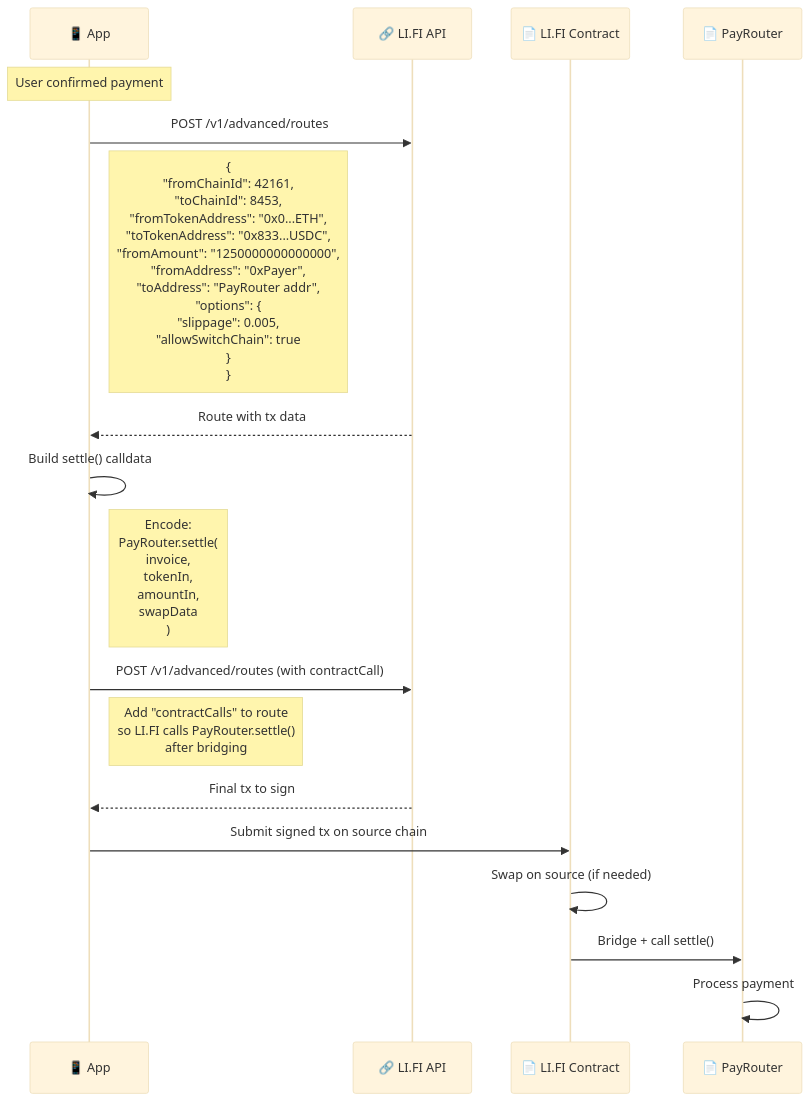
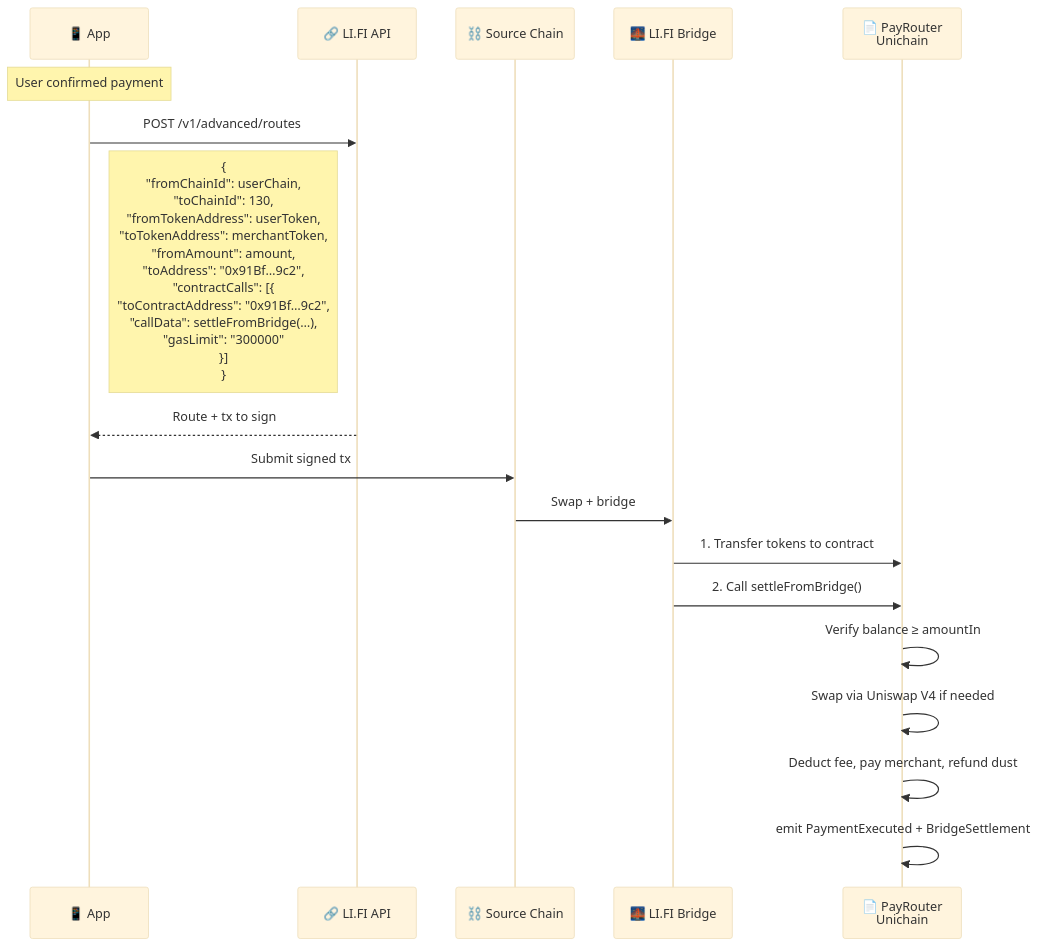
Before and after one commit to danelerr/htm-abipago: the eighth of 11 diagrams in docs/architecture.md, drawn with Mermaid (base theme). The commit also changed other lines of this file, not shown here.

Commit message:
add architecture diagrams

````diff
--- a/docs/architecture.md
+++ b/docs/architecture.md
@@ -267,27 +393,24 @@
 ```mermaid
 sequenceDiagram
     participant App as 📱 App
     participant LIFI_API as 🔗 LI.FI API
-    participant LIFI_Contract as 📄 LI.FI Contract
-    participant PayRouter as 📄 PayRouter
+    participant SrcChain as ⛓️ Source Chain
+    participant LIFI_Bridge as 🌉 LI.FI Bridge
+    participant PayRouter as 📄 PayRouter<br/>Unichain
 
     Note over App: User confirmed payment
 
     App->>LIFI_API: POST /v1/advanced/routes
-    Note right of App: {<br/>"fromChainId": 42161,<br/>"toChainId": 8453,<br/>"fromTokenAddress": "0x0...ETH",<br/>"toTokenAddress": "0x833...USDC",<br/>"fromAmount": "1250000000000000",<br/>"fromAddress": "0xPayer",<br/>"toAddress": "PayRouter addr",<br/>"options": {<br/>  "slippage": 0.005,<br/>  "allowSwitchChain": true<br/>}<br/>}
+    Note right of App: {<br/>"fromChainId": userChain,<br/>"toChainId": 130,<br/>"fromTokenAddress": userToken,<br/>"toTokenAddress": merchantToken,<br/>"fromAmount": amount,<br/>"toAddress": "0x91Bf…9c2",<br/>"contractCalls": [{<br/>  "toContractAddress": "0x91Bf…9c2",<br/>  "callData": settleFromBridge(…),<br/>  "gasLimit": "300000"<br/>}]<br/>}
 
-    LIFI_API-->>App: Route with tx data
+    LIFI_API-->>App: Route + tx to sign
 
-    App->>App: Build settle() calldata
-    Note right of App: Encode:<br/>PayRouter.settle(<br/>  invoice,<br/>  tokenIn,<br/>  amountIn,<br/>  swapData<br/>)
-
-    App->>LIFI_API: POST /v1/advanced/routes (with contractCall)
-    Note right of App: Add "contractCalls" to route<br/>so LI.FI calls PayRouter.settle()<br/>after bridging
-
-    LIFI_API-->>App: Final tx to sign
-
-    App->>LIFI_Contract: Submit signed tx on source chain
-    LIFI_Contract->>LIFI_Contract: Swap on source (if needed)
-    LIFI_Contract->>PayRouter: Bridge + call settle()
-    PayRouter->>PayRouter: Process payment
+    App->>SrcChain: Submit signed tx
+    SrcChain->>LIFI_Bridge: Swap + bridge
+    LIFI_Bridge->>PayRouter: 1. Transfer tokens to contract
+    LIFI_Bridge->>PayRouter: 2. Call settleFromBridge()
+    PayRouter->>PayRouter: Verify balance ≥ amountIn
+    PayRouter->>PayRouter: Swap via Uniswap V4 if needed
+    PayRouter->>PayRouter: Deduct fee, pay merchant, refund dust
+    PayRouter->>PayRouter: emit PaymentExecuted + BridgeSettlement
 ```
````
